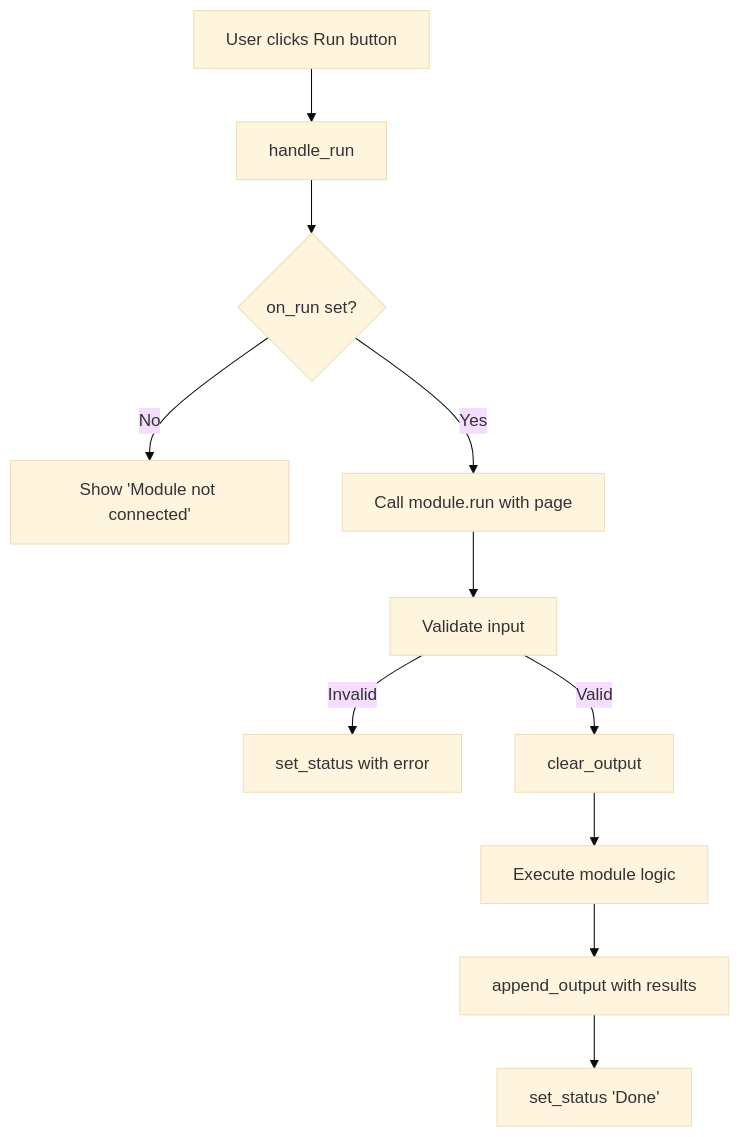
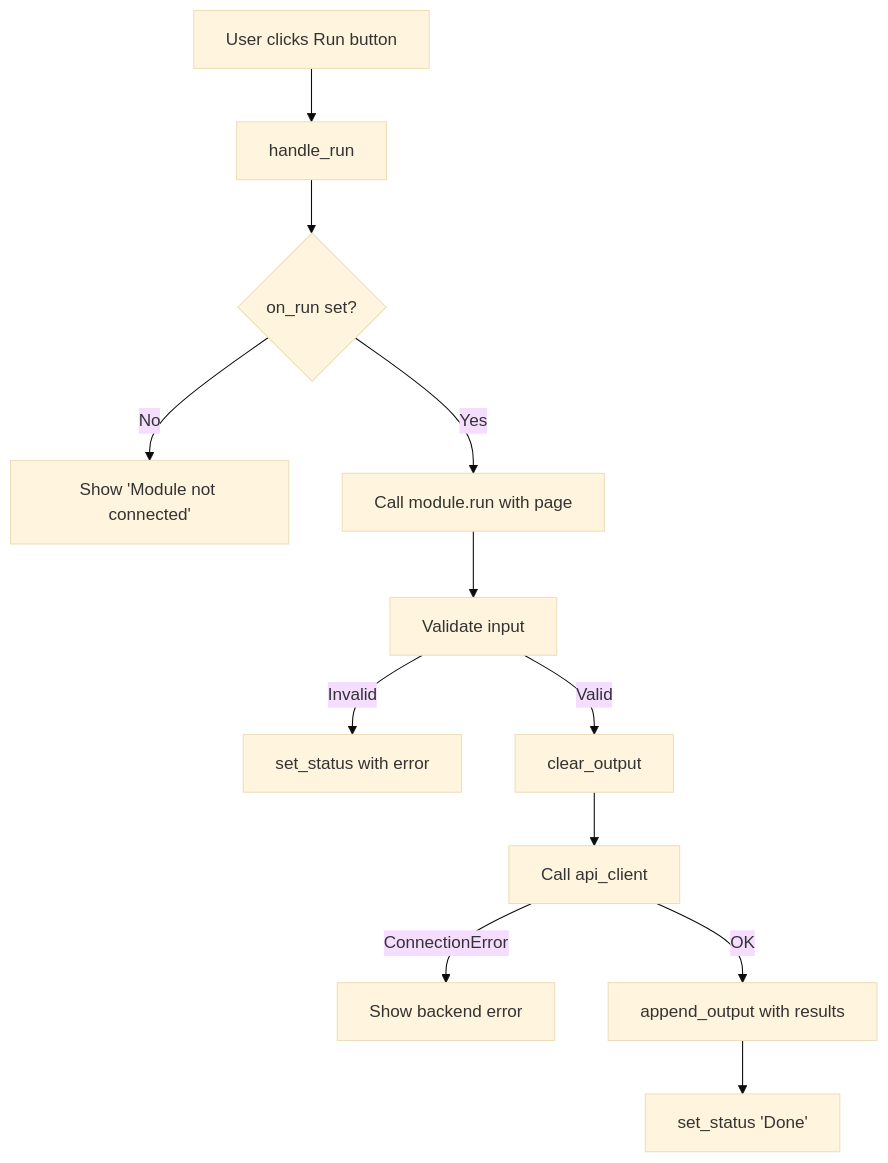
Before and after one commit to Mr-Robotiko/Gilfi: the third of 6 diagrams in src/frontend/README.md, drawn with Mermaid (base theme). The commit also changed other lines of this file, not shown here.

````diff
--- a/src/frontend/README.md
+++ b/src/frontend/README.md
@@ -215,13 +290,14 @@
 ```mermaid
 flowchart TD
     A[User clicks Run button] --> B[handle_run]
     B --> C{on_run set?}
     C -- No --> D[Show 'Module not connected']
     C -- Yes --> E[Call module.run with page]
     E --> F[Validate input]
     F -- Invalid --> G[set_status with error]
     F -- Valid --> H[clear_output]
-    H --> I[Execute module logic]
-    I --> J[append_output with results]
-    J --> K[set_status 'Done']
+    H --> I[Call api_client]
+    I -- ConnectionError --> J[Show backend error]
+    I -- OK --> K[append_output with results]
+    K --> L[set_status 'Done']
 ```
````
